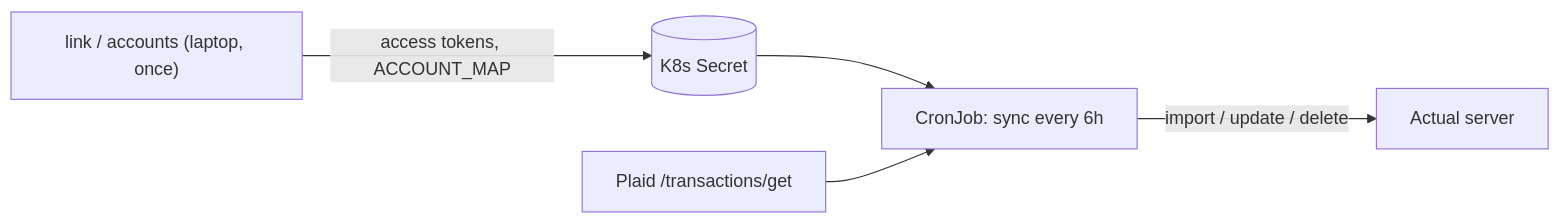
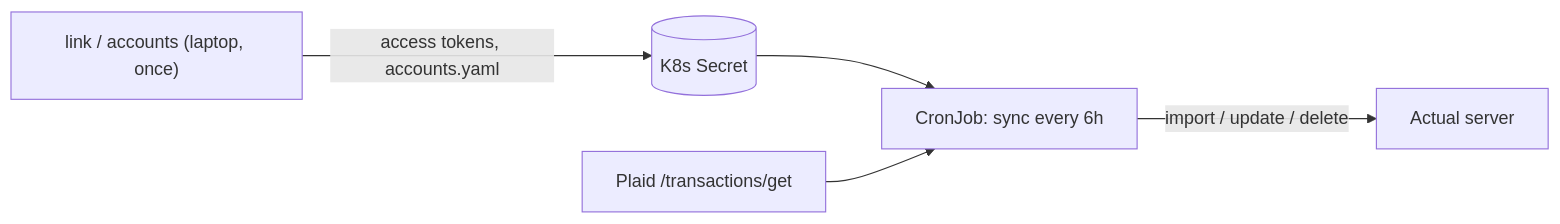
The diagram in README.md (msheiny/actual-plaid-sync), drawn with Mermaid before and after one commit. The commit also changed other lines of this file and 22 other files, not shown here.

Commit message:
Replace ACCOUNT_MAP with accounts.yaml and plain Plaid IDs

````diff
--- a/README.md
+++ b/README.md
@@ -10,7 +10,7 @@
 ```mermaid
 flowchart LR
-  laptop["link / accounts (laptop, once)"] -->|access tokens, ACCOUNT_MAP| secret[(K8s Secret)]
+  laptop["link / accounts (laptop, once)"] -->|access tokens, accounts.yaml| secret[(K8s Secret)]
   secret --> cron["CronJob: sync every 6h"]
   plaid[Plaid /transactions/get] --> cron
   cron -->|import / update / delete| actual[Actual server]
 ```
````
